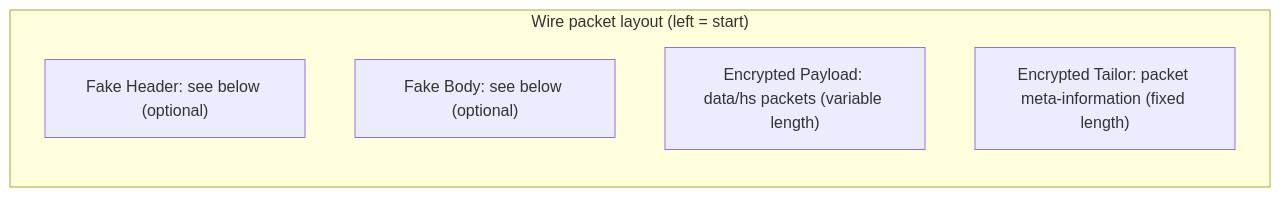
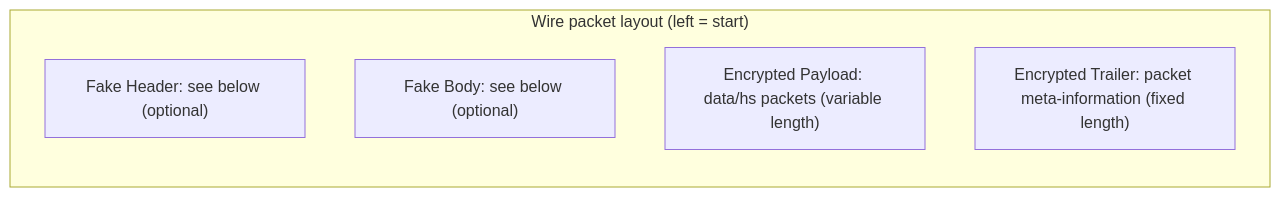
The second of 13 diagrams in PROTOCOL.md (pseusys/TYPHOON), drawn with Mermaid before and after one commit. The commit also changed other lines of this file and 9 other files, not shown here.

````diff
--- a/PROTOCOL.md
+++ b/PROTOCOL.md
@@ -108,9 +108,9 @@
 ```mermaid
 flowchart LR
     subgraph "Wire packet layout (left = start)"
         FH["Fake Header: see below (optional)"]
         FB["Fake Body: see below (optional)"]
         EP["Encrypted Payload: data/hs packets (variable length)"]
-        ET["Encrypted Tailor: packet meta-information (fixed length)"]
+        ET["Encrypted Trailer: packet meta-information (fixed length)"]
     end
 ```
````
